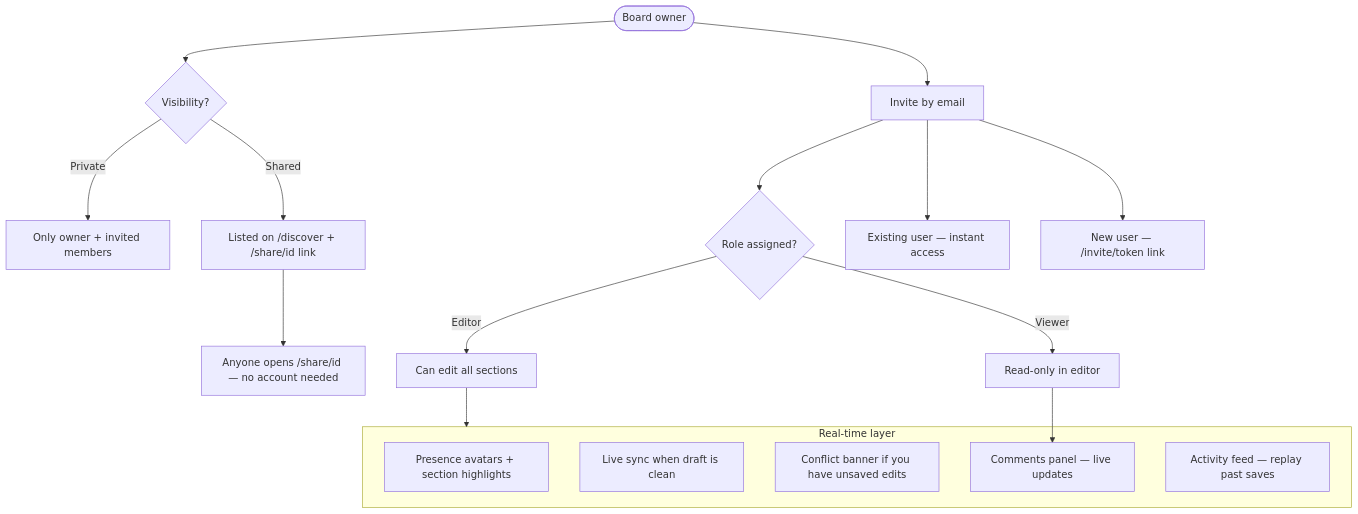
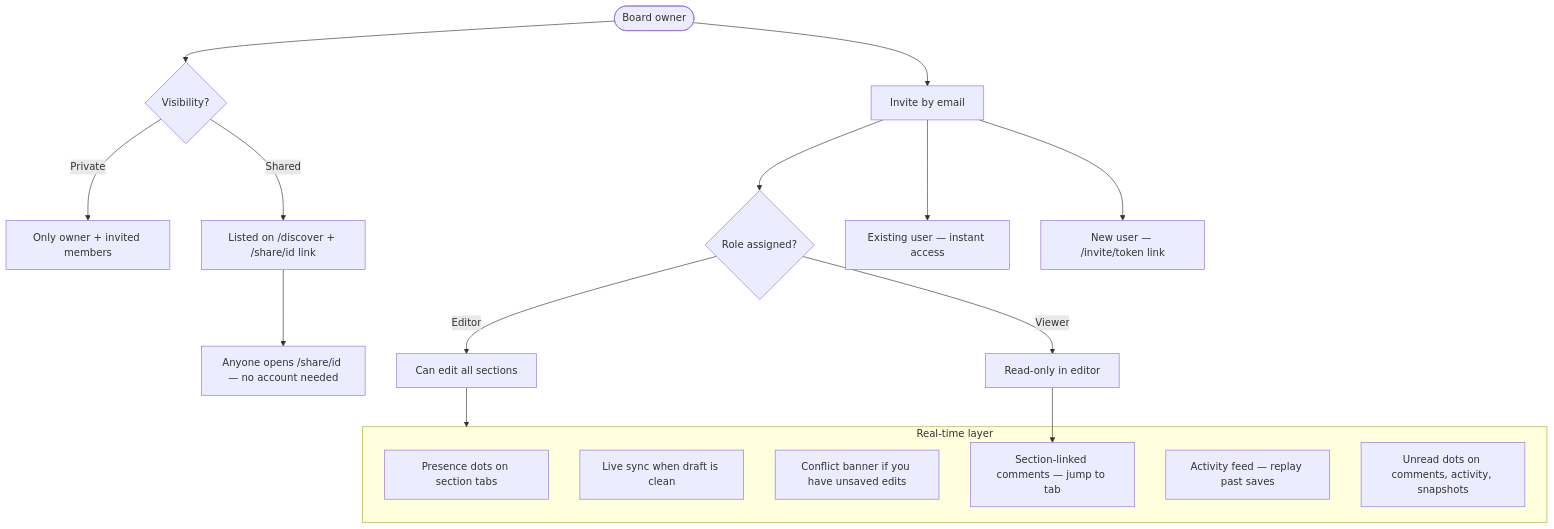
Before and after one commit to NehangPatel23/Moodboard-AI: the sixth of 7 diagrams in README.md, drawn with Mermaid. The commit also changed other lines of this file and 75 other files, not shown here.

First line of the commit message:
Ship Sprint F–G: profiles, section comments, unseen UX, and polish.

````diff
--- a/README.md
+++ b/README.md
@@ -262,29 +262,30 @@
 ```mermaid
 flowchart TD
   owner(["Board owner"]) --> vis{"Visibility?"}
 
   vis -->|Private| private["Only owner + invited members"]
   vis -->|Shared| public["Listed on /discover + /share/id link"]
 
   owner --> invite["Invite by email"]
   invite --> role{"Role assigned?"}
 
   role -->|Editor| editAccess["Can edit all sections"]
   role -->|Viewer| viewAccess["Read-only in editor"]
 
   invite --> accept["Existing user — instant access"]
   invite --> token["New user — /invite/token link"]
 
   editAccess --> realtime
 
   subgraph realtime ["Real-time layer"]
-    presence["Presence avatars + section highlights"]
+    presence["Presence dots on section tabs"]
     sync["Live sync when draft is clean"]
     conflict["Conflict banner if you have unsaved edits"]
-    comments["Comments panel — live updates"]
+    comments["Section-linked comments — jump to tab"]
     activity["Activity feed — replay past saves"]
+    unseen["Unread dots on comments, activity, snapshots"]
   end
 
   viewAccess --> comments
   public --> sharepage["Anyone opens /share/id — no account needed"]
 ```
````
